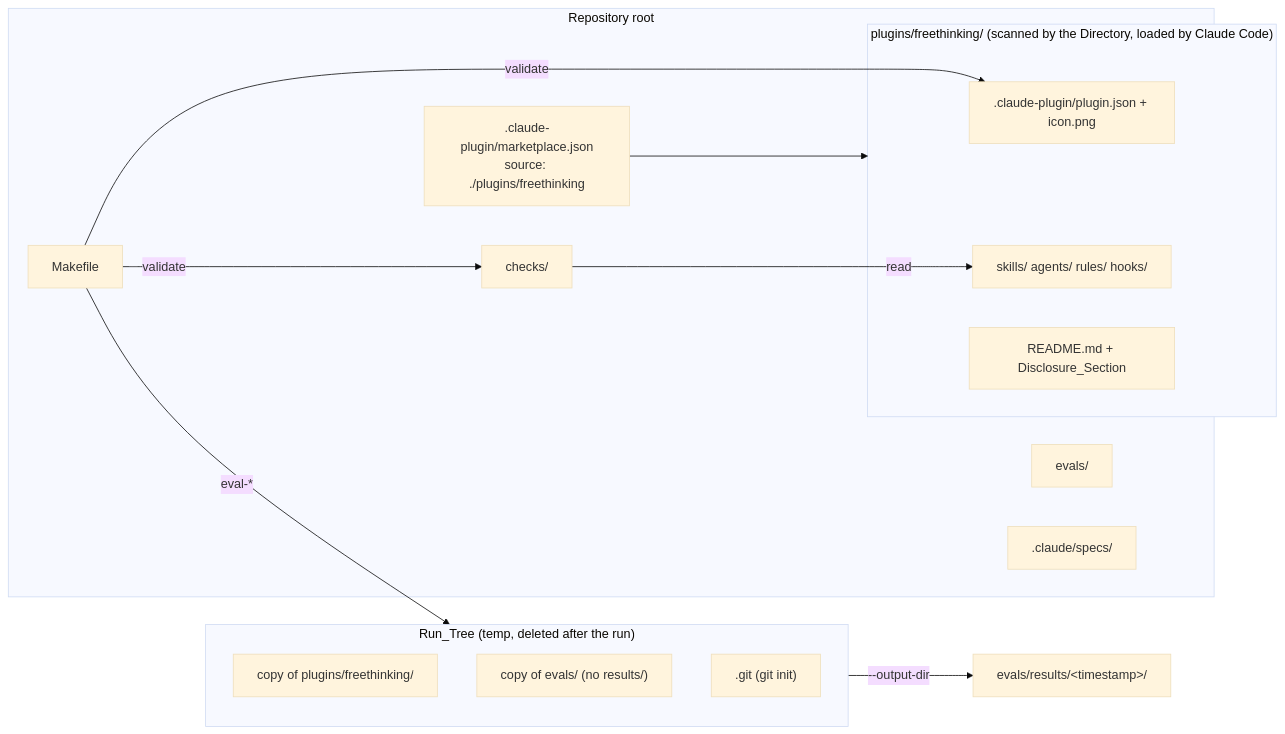
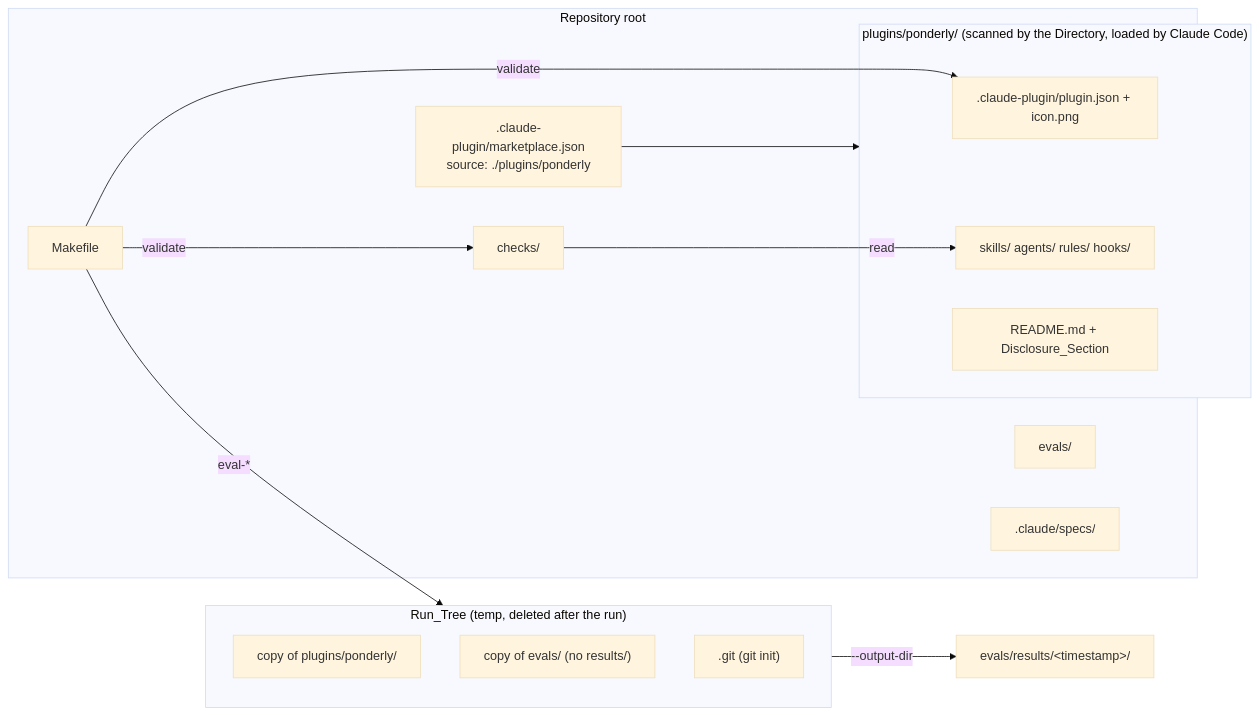
The first of 3 diagrams in .ponderly/specs/directory-listing/design.md (freethinkingit/dev_tools), drawn with Mermaid (base theme) before and after one commit. The commit also changed other lines of this file and 182 other files, not shown here.

First line of the commit message:
[#76] Rename the plugin to ponderly and the marketplace to sabind

````diff
--- a/.ponderly/specs/directory-listing/design.md
+++ b/.ponderly/specs/directory-listing/design.md
@@ -9,26 +9,26 @@
 ```mermaid
 flowchart LR
     subgraph root["Repository root"]
-        MP[".claude-plugin/marketplace.json<br/>source: ./plugins/freethinking"]
-        subgraph plugin["plugins/freethinking/  (scanned by the Directory, loaded by Claude Code)"]
+        MP[".claude-plugin/marketplace.json<br/>source: ./plugins/ponderly"]
+        subgraph plugin["plugins/ponderly/  (scanned by the Directory, loaded by Claude Code)"]
             MAN[".claude-plugin/plugin.json + icon.png"]
             SK["skills/ agents/ rules/ hooks/"]
             PR["README.md + Disclosure_Section"]
         end
         EV["evals/"]
         CK["checks/"]
         MK["Makefile"]
         SP[".claude/specs/"]
     end
     MP --> plugin
     MK -->|"validate"| CK
     MK -->|"validate"| MAN
     CK -->|"read"| SK
     MK -->|"eval-*"| RT
     subgraph RT["Run_Tree (temp, deleted after the run)"]
-        RP["copy of plugins/freethinking/"]
+        RP["copy of plugins/ponderly/"]
         RE["copy of evals/ (no results/)"]
         RG[".git (git init)"]
     end
     RT -->|"--output-dir"| RES["evals/results/&lt;timestamp&gt;/"]
 ```
````
